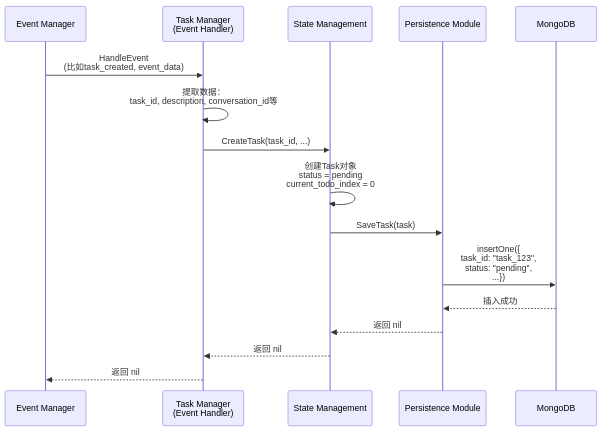
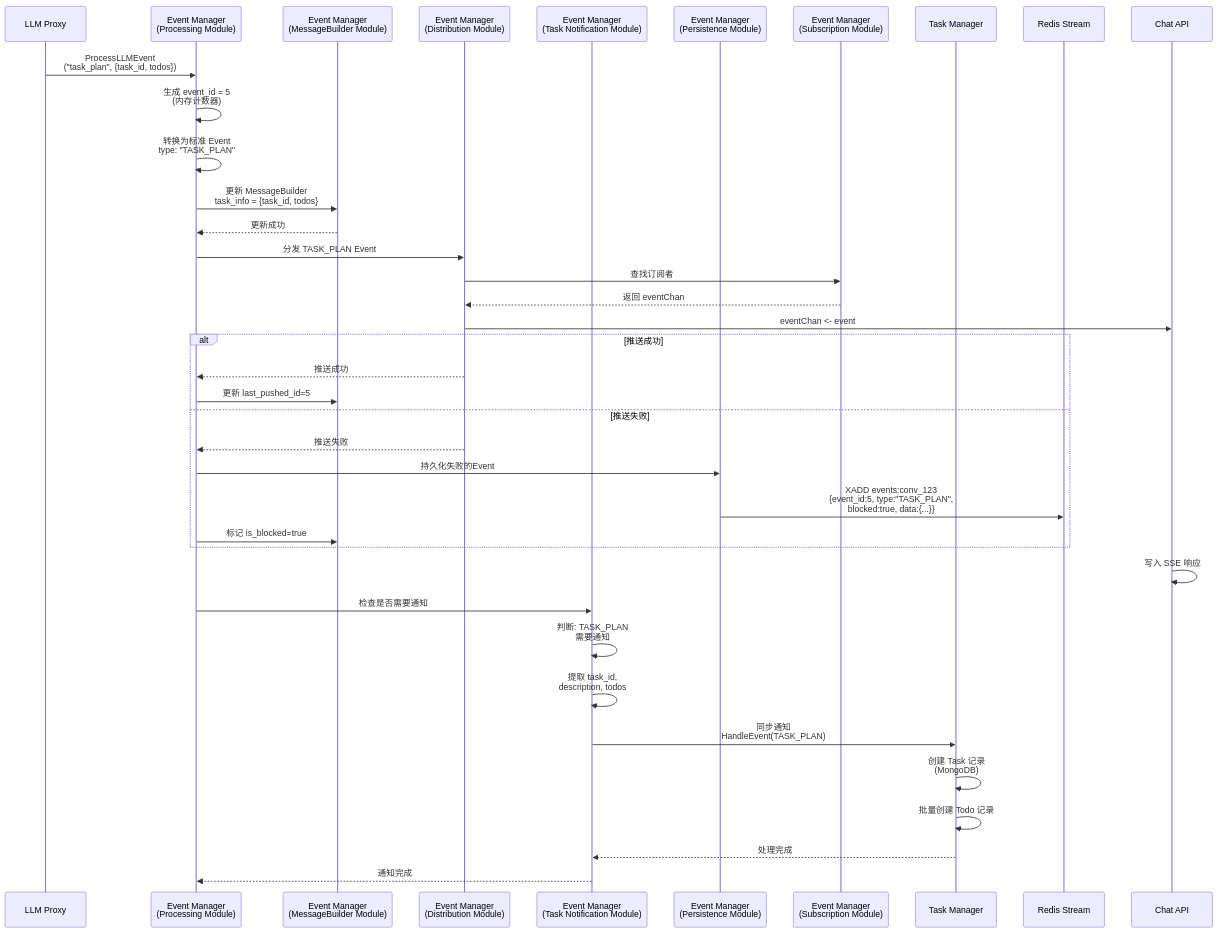
The diagram in all/未命名-10.md (yingjianzh/iodraw-files), drawn with Mermaid before and after one commit.

Commit message:
2025-12-25 10:58:29 update

````diff
--- a/all/未命名-10.md
+++ b/all/未命名-10.md
@@ -1,25 +1,51 @@
 ```mermaid
 sequenceDiagram
-    participant EventMgr as Event Manager
-    participant TaskMgr as Task Manager<br/>(Event Handler)
-    participant StateMgr as State Management
-    participant Persist as Persistence Module
-    participant MongoDB as MongoDB
+    participant LLMProxy as LLM Proxy
+    participant ProcMod as Event Manager<br/>(Processing Module)
+    participant BuilderMod as Event Manager<br/>(MessageBuilder Module)
+    participant DistribMod as Event Manager<br/>(Distribution Module)
+    participant TaskNotifMod as Event Manager<br/>(Task Notification Module)
+    participant PersistMod as Event Manager<br/>(Persistence Module)
+    participant SubMod as Event Manager<br/>(Subscription Module)
+    participant TaskMgr as Task Manager
+    participant Redis as Redis Stream
+    participant ChatAPI as Chat API
 
-    EventMgr->>TaskMgr: HandleEvent<br/>(比如task_created, event_data)
+    LLMProxy->>ProcMod: ProcessLLMEvent<br/>("task_plan", {task_id, todos})
+
+    ProcMod->>ProcMod: 生成 event_id = 5<br/>(内存计数器)
     
-    TaskMgr->>TaskMgr: 提取数据：<br/>task_id, description, conversation_id等
+    ProcMod->>ProcMod: 转换为标准 Event<br/>type: "TASK_PLAN"
     
-    TaskMgr->>StateMgr: CreateTask(task_id, ...)
+    ProcMod->>BuilderMod: 更新 MessageBuilder<br/>task_info = {task_id, todos}
+    BuilderMod-->>ProcMod: 更新成功
     
-    StateMgr->>StateMgr: 创建Task对象<br/>status = pending<br/>current_todo_index = 0
+    ProcMod->>DistribMod: 分发 TASK_PLAN Event
+    DistribMod->>SubMod: 查找订阅者
+    SubMod-->>DistribMod: 返回 eventChan
+    DistribMod->>ChatAPI: eventChan <- event
     
-    StateMgr->>Persist: SaveTask(task)
+    alt 推送成功
+        DistribMod-->>ProcMod: 推送成功
+        ProcMod->>BuilderMod: 更新 last_pushed_id=5
+    else 推送失败
+        DistribMod-->>ProcMod: 推送失败
+        ProcMod->>PersistMod: 持久化失败的Event
+        PersistMod->>Redis: XADD events:conv_123<br/>{event_id:5, type:"TASK_PLAN",<br/>blocked:true, data:{...}}
+        ProcMod->>BuilderMod: 标记 is_blocked=true
+    end
     
-    Persist->>MongoDB: insertOne({<br/>  task_id: "task_123",<br/>  status: "pending",<br/>  ...})
+    ChatAPI->>ChatAPI: 写入 SSE 响应
     
-    MongoDB-->>Persist: 插入成功
-    Persist-->>StateMgr: 返回 nil
-    StateMgr-->>TaskMgr: 返回 nil
-    TaskMgr-->>EventMgr: 返回 nil
+    ProcMod->>TaskNotifMod: 检查是否需要通知
+    TaskNotifMod->>TaskNotifMod: 判断: TASK_PLAN<br/>需要通知
+    
+    TaskNotifMod->>TaskNotifMod: 提取 task_id,<br/>description, todos
+    
+    TaskNotifMod->>TaskMgr: 同步通知<br/>HandleEvent(TASK_PLAN)
+    TaskMgr->>TaskMgr: 创建 Task 记录<br/>(MongoDB)
+    TaskMgr->>TaskMgr: 批量创建 Todo 记录
+    TaskMgr-->>TaskNotifMod: 处理完成
+    
+    TaskNotifMod-->>ProcMod: 通知完成
 ```
````
